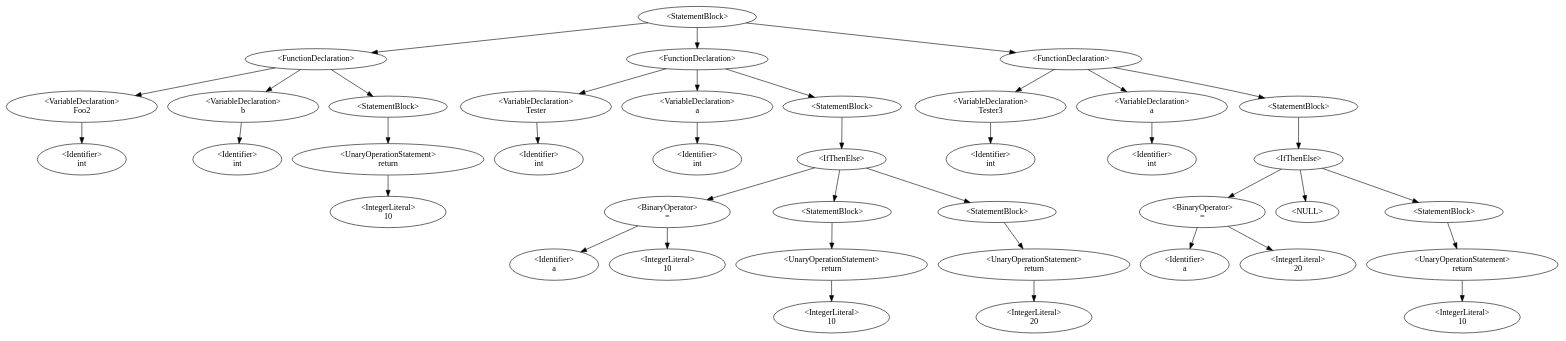
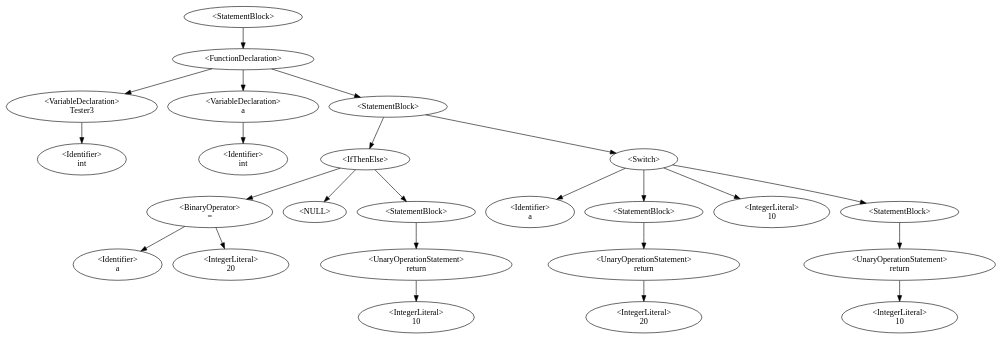
The diagram in Dino/Dino/AstDisplay.gv (QazmoQwerty/dino), drawn with Graphviz before and after one commit. The commit also changed 3 other files, not shown here.

Commit message:
fixed StatementBlock.hasReturnType() to include Switch/Case

```diff
--- a/Dino/Dino/AstDisplay.gv
+++ b/Dino/Dino/AstDisplay.gv
@@ -1,40 +1,25 @@
 digraph G {
-0 [label="<StatementBlock>"];0->3;0->11;0->27;
+0 [label="<StatementBlock>"];0->3;
 3 [label="<FunctionDeclaration>\n"];3->2;3->5;3->6;
-2 [label="<VariableDeclaration>\nFoo2"];2->1;
+2 [label="<VariableDeclaration>\nTester3"];2->1;
 1 [label="<Identifier>\nint"];
-5 [label="<VariableDeclaration>\nb"];5->4;
+5 [label="<VariableDeclaration>\na"];5->4;
 4 [label="<Identifier>\nint"];
-6 [label="<StatementBlock>"];6->7;
-7 [label="<UnaryOperationStatement>\nreturn"];7->8;
-8 [label="<IntegerLiteral>\n10"];
-11 [label="<FunctionDeclaration>\n"];11->10;11->13;11->14;
-10 [label="<VariableDeclaration>\nTester"];10->9;
-9 [label="<Identifier>\nint"];
-13 [label="<VariableDeclaration>\na"];13->12;
-12 [label="<Identifier>\nint"];
-14 [label="<StatementBlock>"];14->15;
-15 [label="<IfThenElse>"];15->17;15->19;15->22;
-17 [label="<BinaryOperator>\n="];17->16;17->18;
-16 [label="<Identifier>\na"];
-18 [label="<IntegerLiteral>\n10"];
-19 [label="<StatementBlock>"];19->20;
-20 [label="<UnaryOperationStatement>\nreturn"];20->21;
-21 [label="<IntegerLiteral>\n10"];
-22 [label="<StatementBlock>"];22->23;
-23 [label="<UnaryOperationStatement>\nreturn"];23->24;
-24 [label="<IntegerLiteral>\n20"];
-27 [label="<FunctionDeclaration>\n"];27->26;27->29;27->30;
-26 [label="<VariableDeclaration>\nTester3"];26->25;
-25 [label="<Identifier>\nint"];
-29 [label="<VariableDeclaration>\na"];29->28;
-28 [label="<Identifier>\nint"];
-30 [label="<StatementBlock>"];30->31;
-31 [label="<IfThenElse>"];31->33;31->-1;-1 [label="<NULL>"];31->35;
-33 [label="<BinaryOperator>\n="];33->32;33->34;
-32 [label="<Identifier>\na"];
-34 [label="<IntegerLiteral>\n20"];
-35 [label="<StatementBlock>"];35->36;
-36 [label="<UnaryOperationStatement>\nreturn"];36->37;
-37 [label="<IntegerLiteral>\n10"];
+6 [label="<StatementBlock>"];6->7;6->14;
+7 [label="<IfThenElse>"];7->9;7->-1;-1 [label="<NULL>"];7->11;
+9 [label="<BinaryOperator>\n="];9->8;9->10;
+8 [label="<Identifier>\na"];
+10 [label="<IntegerLiteral>\n20"];
+11 [label="<StatementBlock>"];11->12;
+12 [label="<UnaryOperationStatement>\nreturn"];12->13;
+13 [label="<IntegerLiteral>\n10"];
+14 [label="<Switch>"];14->15;14->20;14->16;14->17;
+15 [label="<Identifier>\na"];
+20 [label="<StatementBlock>"];20->21;
+21 [label="<UnaryOperationStatement>\nreturn"];21->22;
+22 [label="<IntegerLiteral>\n20"];
+16 [label="<IntegerLiteral>\n10"];
+17 [label="<StatementBlock>"];17->18;
+18 [label="<UnaryOperationStatement>\nreturn"];18->19;
+19 [label="<IntegerLiteral>\n10"];
 }
```
